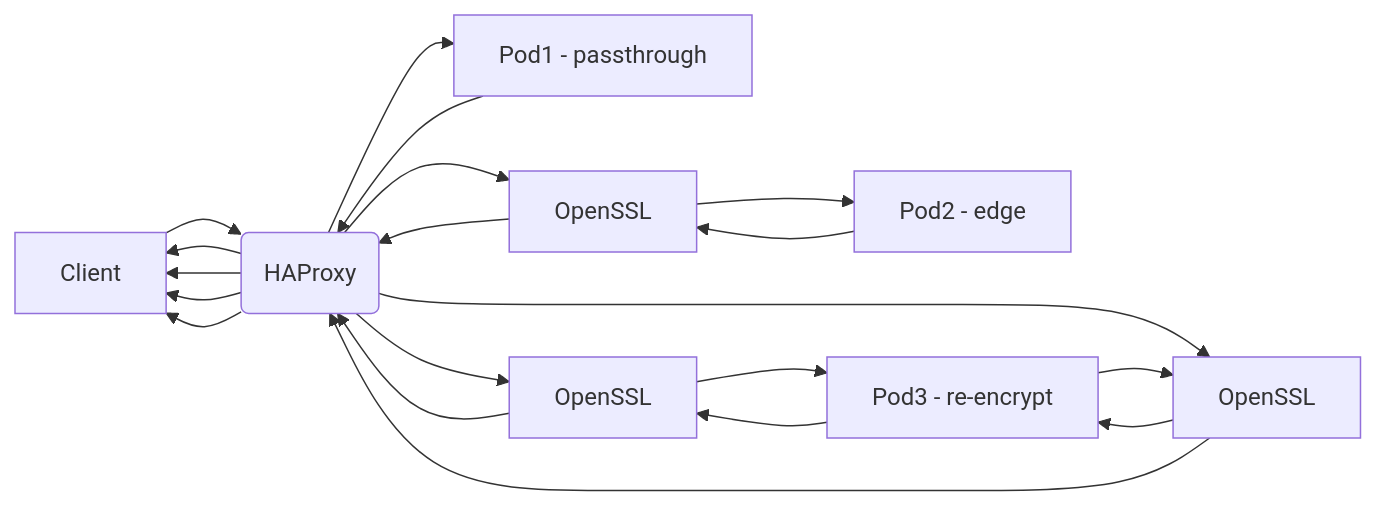
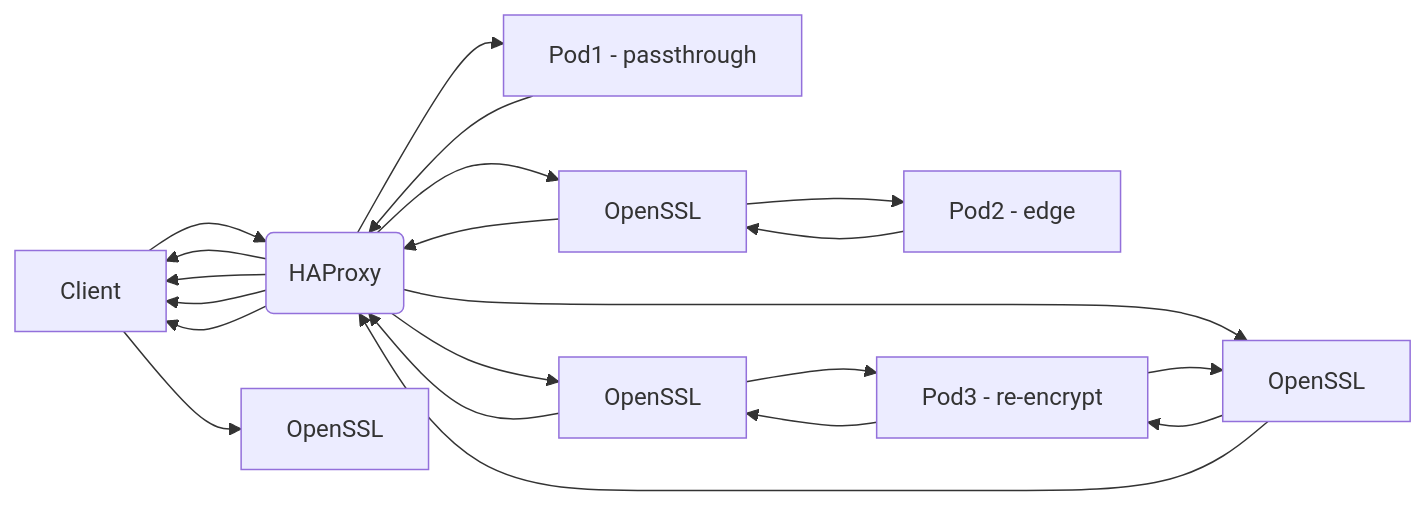
The second of 7 diagrams in README.md (emmahone/haproxy-state-machine), drawn with Mermaid before and after one commit.

Commit message:
fix passthrough flowchart

````diff
--- a/README.md
+++ b/README.md
@@ -48,28 +48,29 @@
 ```mermaid
 graph LR
   A[Client] --> B(HAProxy);
   B --> C[Pod1 - passthrough];
   C --> B;
   B --> A;
   
   %% Passthrough
   B --> A;
+  A --> J[OpenSSL]
   
   %% Edge
   B --> E[OpenSSL];
   E --> F[Pod2 - edge];
   F --> E;
   E --> B;
   B --> A;
   
   %% Re-encrypt
   B --> G[OpenSSL];
   G --> H[Pod3 - re-encrypt];
   H --> G;
   G --> B;
   B --> I[OpenSSL];
   I --> H;
   H --> I;
   I --> B;
   B --> A;
 ```
````
